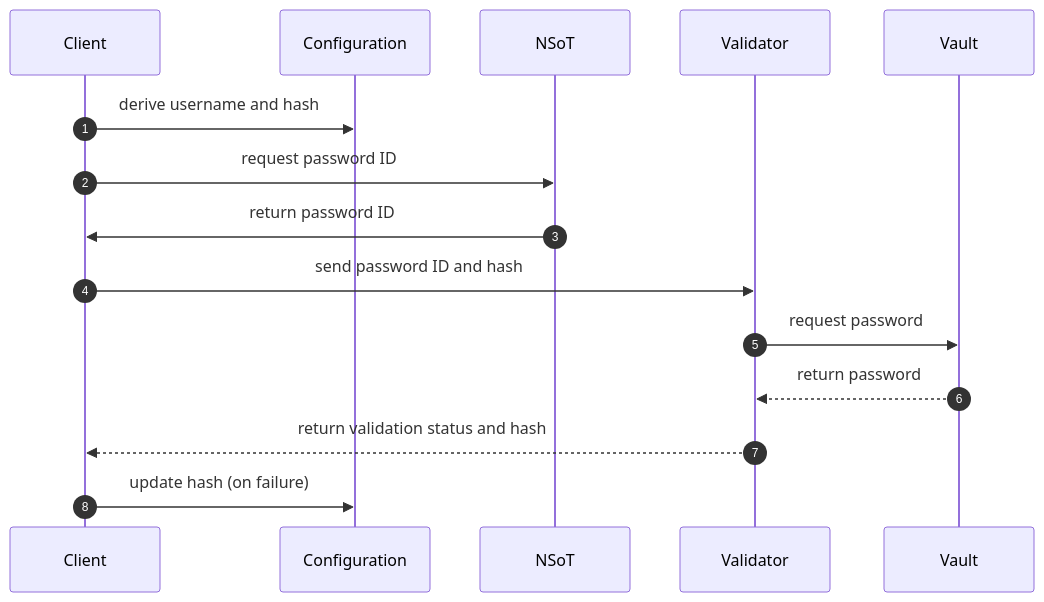
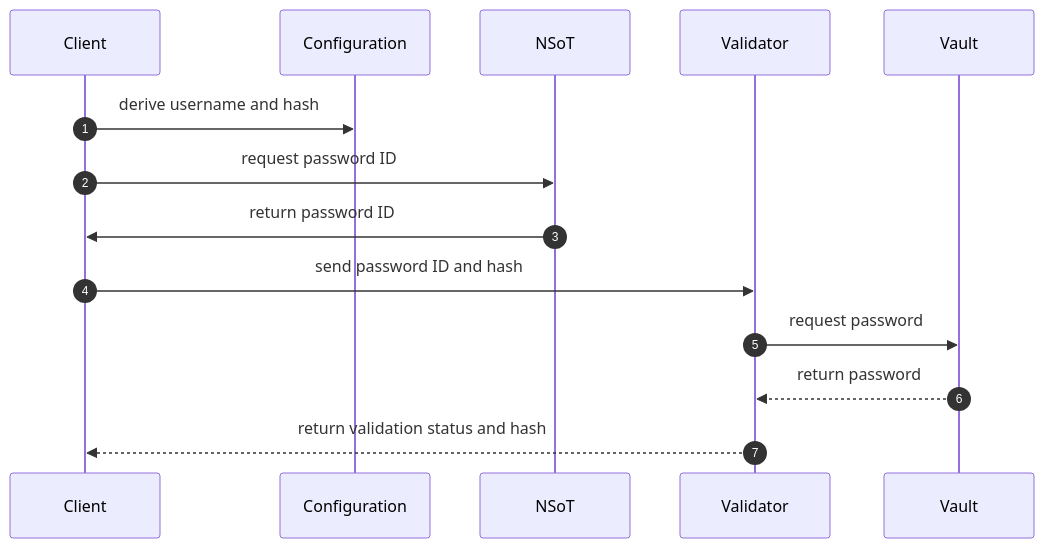
Before and after one commit to joshgilby/happypath: the first of 2 diagrams in docs/microservice.md, drawn with Mermaid. The commit also changed other lines of this file, not shown here.

````diff
--- a/docs/microservice.md
+++ b/docs/microservice.md
@@ -43,12 +43,11 @@
 ``` mermaid
 sequenceDiagram
   autonumber
   Client->>Configuration: derive username and hash
   Client->>NSoT: request password ID
   NSoT->>Client: return password ID
   Client->>Validator: send password ID and hash
   Validator->>Vault: request password
   Vault-->>Validator: return password
   Validator-->>Client: return validation status and hash
-  Client->>Configuration: update hash (on failure)
 ```
````
